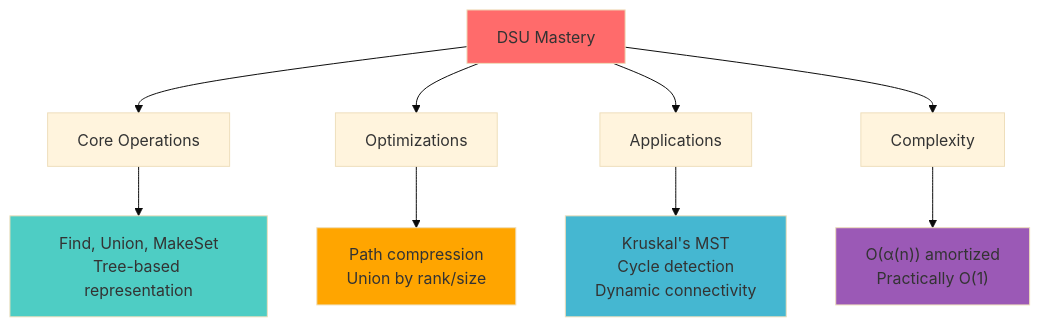
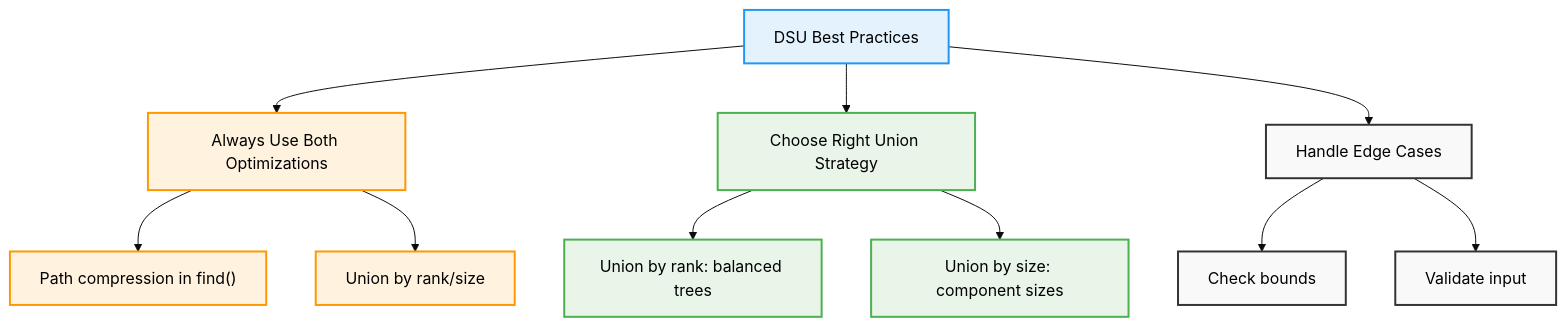
Before and after one commit to AbhishekGiri04/Algorithmics-Foundations: the fourth of 4 diagrams in concepts/disjoint-set-union.md, drawn with Mermaid (base theme). The commit also changed other lines of this file, not shown here.

Commit message:
Fix DSU guide format and structure - move summary to end, fix links, match backtracking.md style

````diff
--- a/concepts/disjoint-set-union.md
+++ b/concepts/disjoint-set-union.md
@@ -938,18 +447,23 @@
 ```mermaid
 flowchart TD
-    A[DSU Mastery] --> B[Core Operations]
-    A --> C[Optimizations]
-    A --> D[Applications]
-    A --> E[Complexity]
+    A["DSU Best Practices"] --> B["Always Use Both Optimizations"]
+    A --> C["Choose Right Union Strategy"]
+    A --> D["Handle Edge Cases"]
     
-    B --> B1["Find, Union, MakeSet<br/>Tree-based representation"]
-    C --> C1["Path compression<br/>Union by rank/size"]
-    D --> D1["Kruskal's MST<br/>Cycle detection<br/>Dynamic connectivity"]
-    E --> E1["O(α(n)) amortized<br/>Practically O(1)"]
+    B --> E["Path compression in find()"]
+    B --> F["Union by rank/size"]
     
-    style A fill:#ff6b6b
-    style B1 fill:#4ecdc4
-    style C1 fill:#ffa500
-    style D1 fill:#45b7d1
-    style E1 fill:#9b59b6
+    C --> G["Union by rank: balanced trees"]
+    C --> H["Union by size: component sizes"]
+    
+    D --> I["Check bounds"]
+    D --> J["Validate input"]
+    
+    classDef default fill:#f9f9f9,stroke:#333,stroke-width:2px,color:#000
+    classDef practice fill:#e3f2fd,stroke:#2196f3,stroke-width:2px,color:#000
+    classDef optimization fill:#fff3e0,stroke:#ff9800,stroke-width:2px,color:#000
+    classDef strategy fill:#e8f5e8,stroke:#4caf50,stroke-width:2px,color:#000
+    class A practice
+    class B,E,F optimization
+    class C,G,H strategy
 ```
````
